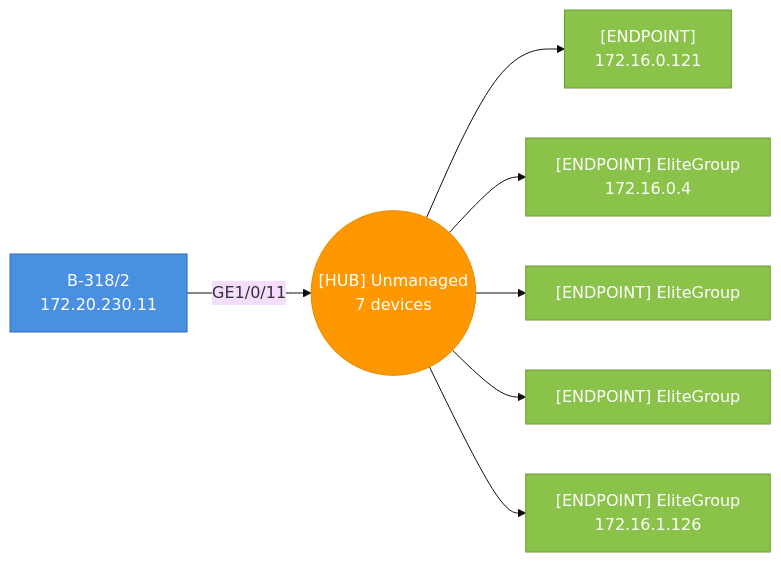
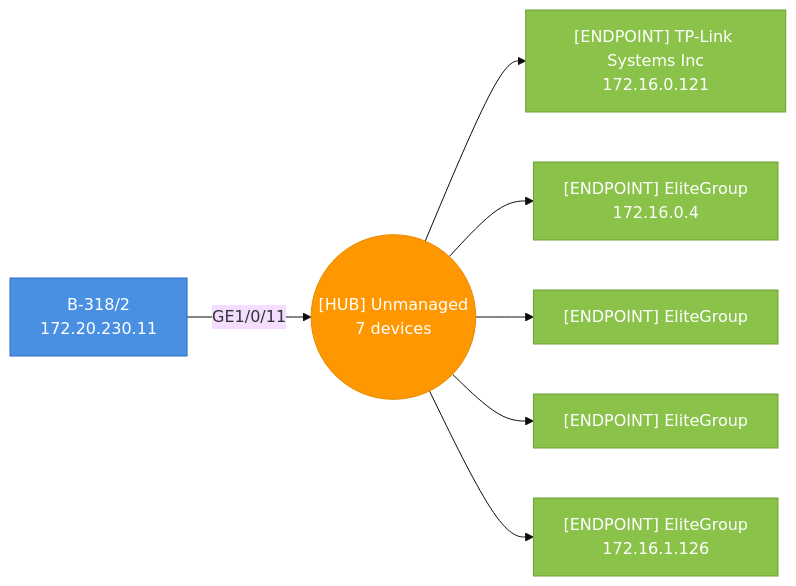
One commit to djamic/LLDP-Skanner-Go changed the fourth of 38 diagrams in testdata/golden/audit_default.md. Above: the diagram before and after it, drawn with Mermaid (base theme). The commit also changed other lines of this file and 11 other files, not shown here.

````diff
--- a/testdata/golden/audit_default.md
+++ b/testdata/golden/audit_default.md
@@ -1325,23 +1315,23 @@
 ```mermaid
 graph LR
   hub_4caea32785ea_p11(("[HUB] Unmanaged<br>7 devices"))
   4caea32785ea["B-318/2<br>172.20.230.11"]
   4caea32785ea-- "GE1/0/11" -->hub_4caea32785ea_p11
   style 4caea32785ea fill:#4A90E2,stroke:#2A6FC2,color:#fff
-  5c628bb8b311["[ENDPOINT]<br>172.16.0.121"]
+  5c628bb8b311["[ENDPOINT] TP-Link Systems Inc<br>172.16.0.121"]
   hub_4caea32785ea_p11-->5c628bb8b311
   style 5c628bb8b311 fill:#8BC34A,stroke:#6B9F30,color:#fff
   94c6913ff34f["[ENDPOINT] EliteGroup<br>172.16.0.4"]
   hub_4caea32785ea_p11-->94c6913ff34f
   style 94c6913ff34f fill:#8BC34A,stroke:#6B9F30,color:#fff
   94c6913ff361["[ENDPOINT] EliteGroup"]
   hub_4caea32785ea_p11-->94c6913ff361
   style 94c6913ff361 fill:#8BC34A,stroke:#6B9F30,color:#fff
   94c6913ff441["[ENDPOINT] EliteGroup"]
   hub_4caea32785ea_p11-->94c6913ff441
   style 94c6913ff441 fill:#8BC34A,stroke:#6B9F30,color:#fff
   94c6913ff467["[ENDPOINT] EliteGroup<br>172.16.1.126"]
   hub_4caea32785ea_p11-->94c6913ff467
   style 94c6913ff467 fill:#8BC34A,stroke:#6B9F30,color:#fff
   style hub_4caea32785ea_p11 fill:#FF9800,stroke:#E68A00,color:#fff
 ```
````
